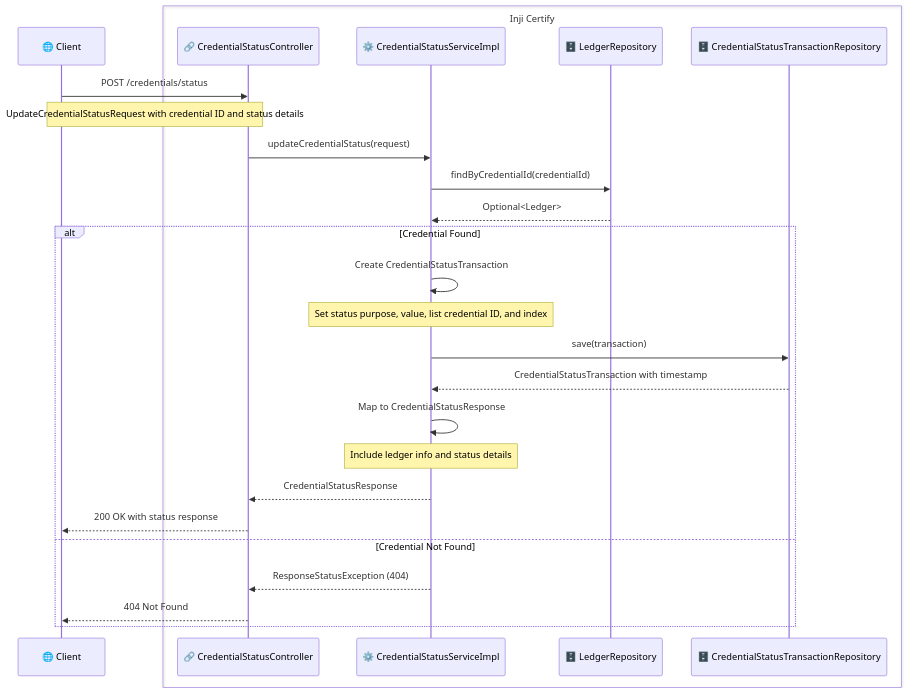
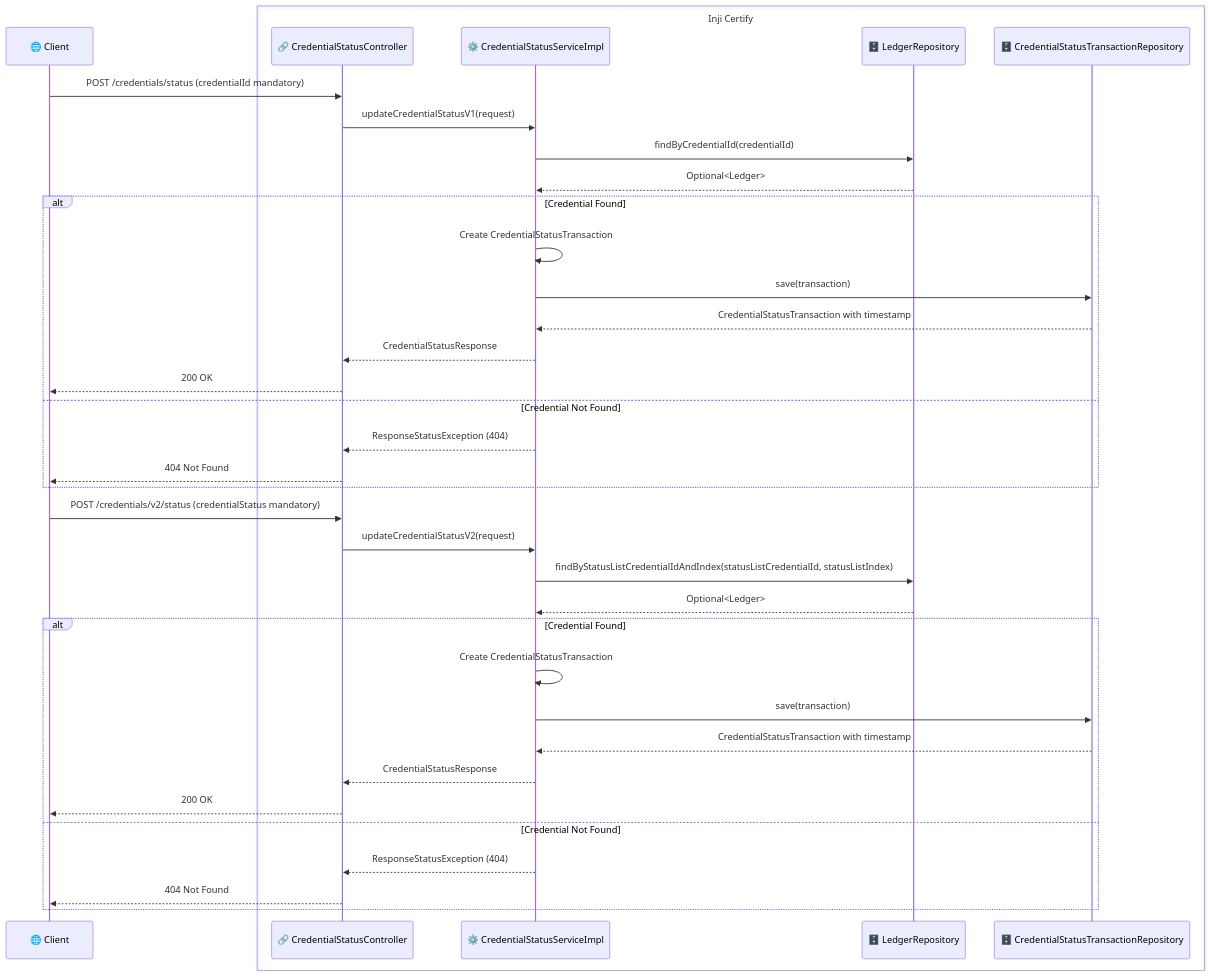
Before and after one commit to mosip/inji-certify: the fourth of 5 diagrams in docs/VC-Revocation-Support.md, drawn with Mermaid. The commit also changed other lines of this file and 1 other file, not shown here.

````diff
--- a/docs/VC-Revocation-Support.md
+++ b/docs/VC-Revocation-Support.md
@@ -235,36 +255,42 @@
-    ```mermaid
-    sequenceDiagram
-        participant Client as 🌐 Client
-        box Inji Certify #E6F3FF
-        participant Controller as 🔗 CredentialStatusController
-        participant Service as ⚙️ CredentialStatusServiceImpl
-        participant LedgerRepo as 🗄️ LedgerRepository
-        participant StatusRepo as 🗄️ CredentialStatusTransactionRepository
-        end
-    
-        Client->>Controller: POST /credentials/status
-        Note over Client,Controller: UpdateCredentialStatusRequest with credential ID and status details
-        
-        Controller->>Service: updateCredentialStatus(request)
-        
-        Service->>LedgerRepo: findByCredentialId(credentialId)
-        LedgerRepo-->>Service: Optional<Ledger>
-        
-        alt Credential Found
-            Service->>Service: Create CredentialStatusTransaction
-            Note over Service: Set status purpose, value, list credential ID, and index
-            
-            Service->>StatusRepo: save(transaction)
-            StatusRepo-->>Service: CredentialStatusTransaction with timestamp
-            
-            Service->>Service: Map to CredentialStatusResponse
-            Note over Service: Include ledger info and status details
-            
-            Service-->>Controller: CredentialStatusResponse
-            Controller-->>Client: 200 OK with status response
-            
-        else Credential Not Found
-            Service-->>Controller: ResponseStatusException (404)
-            Controller-->>Client: 404 Not Found
-        end
-    ```
+```mermaid
+sequenceDiagram
+    participant Client as 🌐 Client
+    box Inji Certify #E6F3FF
+    participant Controller as 🔗 CredentialStatusController
+    participant Service as ⚙️ CredentialStatusServiceImpl
+    participant LedgerRepo as 🗄️ LedgerRepository
+    participant StatusRepo as 🗄️ CredentialStatusTransactionRepository
+    end
+
+    %% v1 endpoint flow
+    Client->>Controller: POST /credentials/status (credentialId mandatory)
+    Controller->>Service: updateCredentialStatusV1(request)
+    Service->>LedgerRepo: findByCredentialId(credentialId)
+    LedgerRepo-->>Service: Optional<Ledger>
+    alt Credential Found
+        Service->>Service: Create CredentialStatusTransaction
+        Service->>StatusRepo: save(transaction)
+        StatusRepo-->>Service: CredentialStatusTransaction with timestamp
+        Service-->>Controller: CredentialStatusResponse
+        Controller-->>Client: 200 OK
+    else Credential Not Found
+        Service-->>Controller: ResponseStatusException (404)
+        Controller-->>Client: 404 Not Found
+    end
+
+    %% v2 endpoint flow
+    Client->>Controller: POST /credentials/v2/status (credentialStatus mandatory)
+    Controller->>Service: updateCredentialStatusV2(request)
+    Service->>LedgerRepo: findByStatusListCredentialIdAndIndex(statusListCredentialId, statusListIndex)
+    LedgerRepo-->>Service: Optional<Ledger>
+    alt Credential Found
+        Service->>Service: Create CredentialStatusTransaction
+        Service->>StatusRepo: save(transaction)
+        StatusRepo-->>Service: CredentialStatusTransaction with timestamp
+        Service-->>Controller: CredentialStatusResponse
+        Controller-->>Client: 200 OK
+    else Credential Not Found
+        Service-->>Controller: ResponseStatusException (404)
+        Controller-->>Client: 404 Not Found
+    end
+```
````
